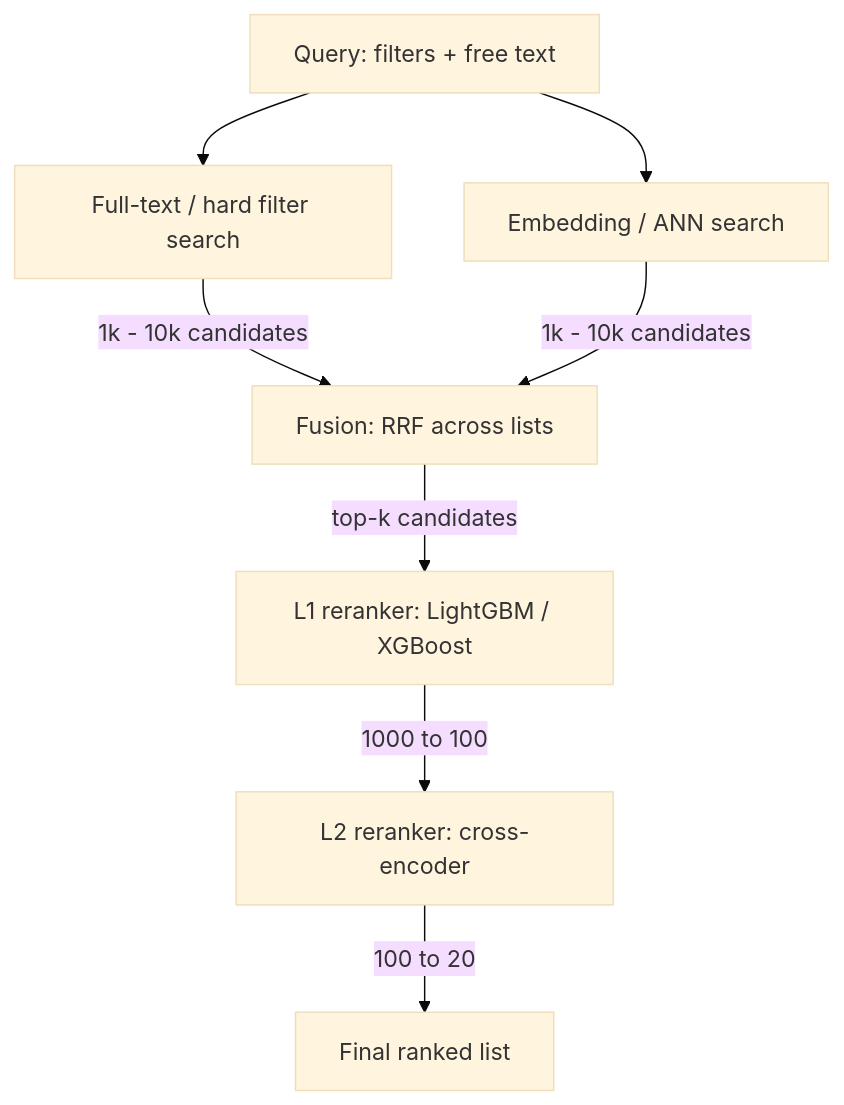
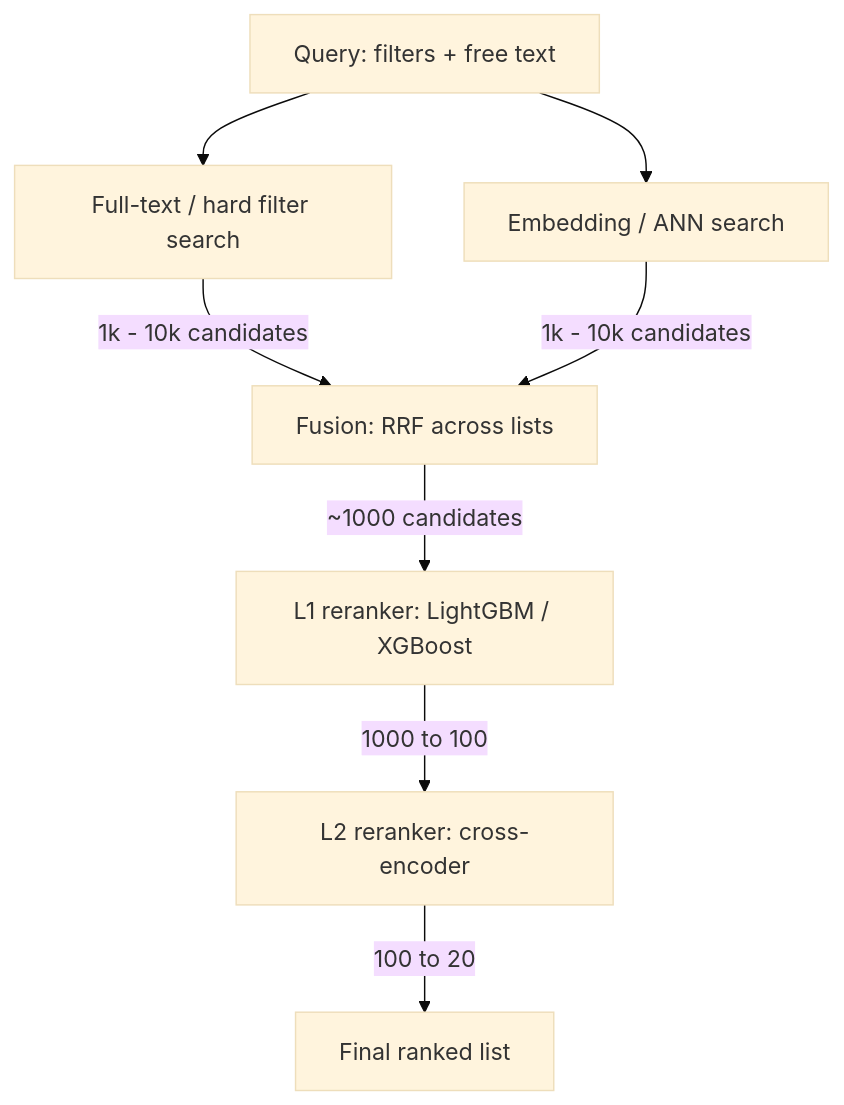
Before and after one commit to anmho/website: the diagram in src/assets/content/articles/designing-a-job-candidate-retrieval-system.md, drawn with Mermaid (base theme).

Commit message:
fix: tighten mermaid diagram edge label for consistency
Claude-Session: https://claude.ai/code/session_01FNRWDR6T9ZmGkaKQxkvq8Z

````diff
--- a/src/assets/content/articles/designing-a-job-candidate-retrieval-system.md
+++ b/src/assets/content/articles/designing-a-job-candidate-retrieval-system.md
@@ -11,10 +11,10 @@
 ```mermaid
 flowchart TD
     Q[Query: filters + free text] --> FTS[Full-text / hard filter search]
     Q --> VEC[Embedding / ANN search]
     FTS --> |1k - 10k candidates| FUSE[Fusion: RRF across lists]
     VEC --> |1k - 10k candidates| FUSE
-    FUSE --> |top-k candidates| L1[L1 reranker: LightGBM / XGBoost]
+    FUSE --> |~1000 candidates| L1[L1 reranker: LightGBM / XGBoost]
     L1 --> |1000 to 100| L2[L2 reranker: cross-encoder]
     L2 --> |100 to 20| OUT[Final ranked list]
 ```
````
